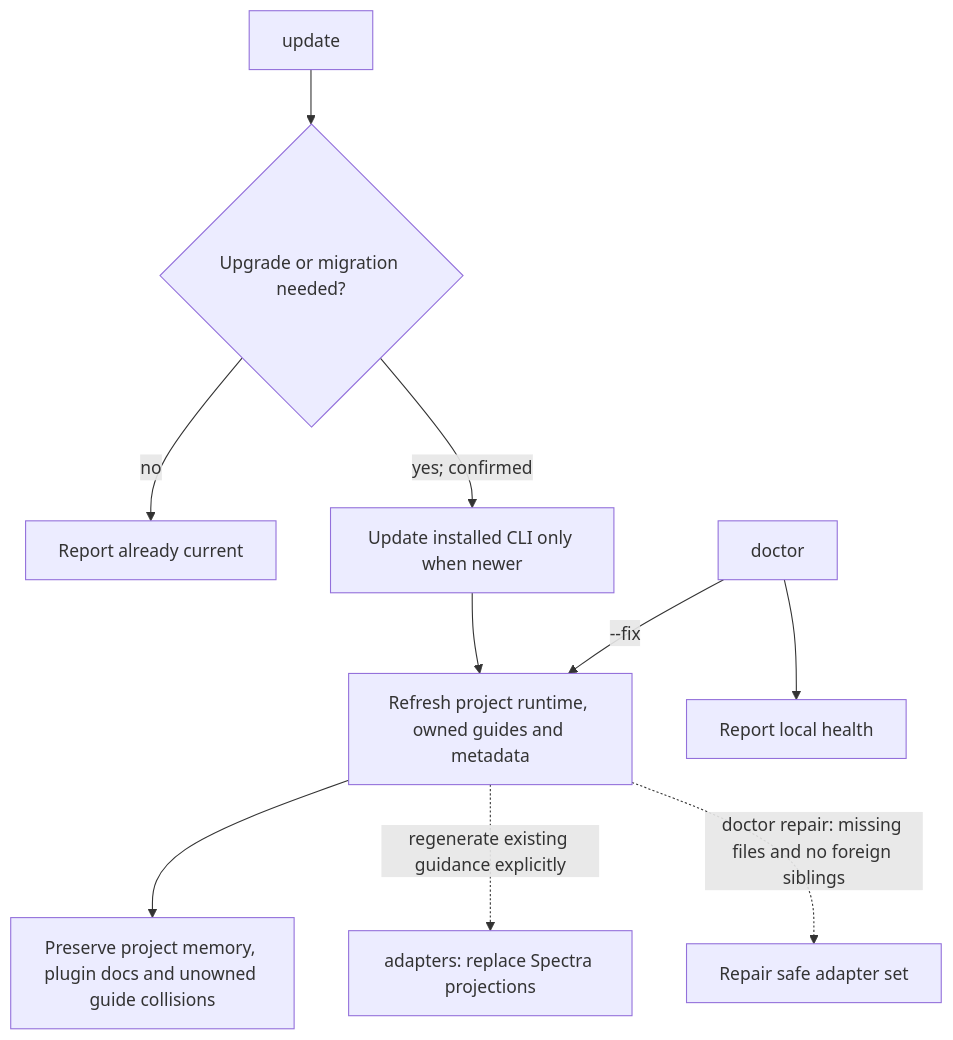
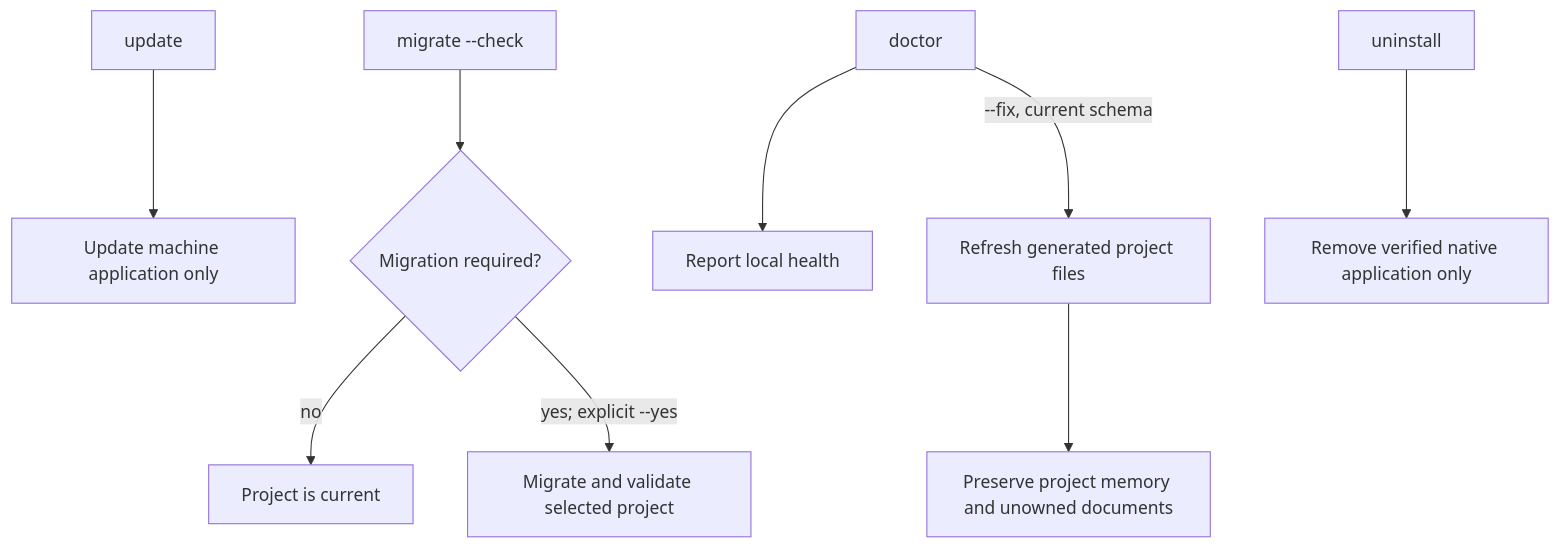
One commit to yunusakin/spectra changed the third of 3 diagrams in packages/templates/assets/profiles/full/docs/cli-reference.md. Above: the diagram before and after it, drawn with Mermaid. The commit also changed other lines of this file and 11 other files, not shown here.

Commit message:
docs: clarify application and project lifecycle

````diff
--- a/packages/templates/assets/profiles/full/docs/cli-reference.md
+++ b/packages/templates/assets/profiles/full/docs/cli-reference.md
@@ -82,12 +84,11 @@
 ```mermaid
 flowchart TD
-  U["update"] --> N{"Upgrade or migration needed?"}
-  N -->|no| O["Report already current"]
-  N -->|yes; confirmed| B["Update installed CLI only when newer"]
-  B --> R["Refresh project runtime, owned guides and metadata"]
+  U["update"] --> APP["Update machine application only"]
+  M["migrate --check"] --> N{"Migration required?"}
+  N -->|no| C["Project is current"]
+  N -->|yes; explicit --yes| P["Migrate and validate selected project"]
   D["doctor"] --> H["Report local health"]
-  D -->|--fix| R
-  R --> P["Preserve project memory, plugin docs and unowned guide collisions"]
-  R -.->|regenerate existing guidance explicitly| A["adapters: replace Spectra projections"]
-  R -.->|doctor repair: missing files and no foreign siblings| M["Repair safe adapter set"]
+  D -->|--fix, current schema| R["Refresh generated project files"]
+  R --> V["Preserve project memory and unowned documents"]
+  X["uninstall"] --> Y["Remove verified native application only"]
 ```
````
